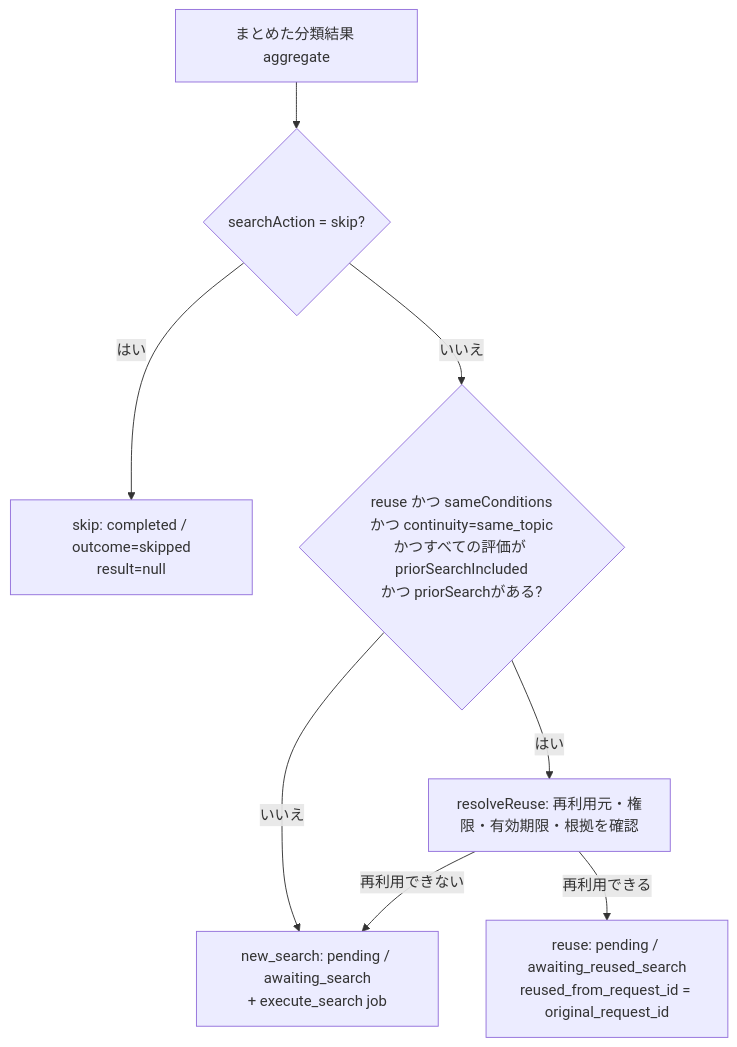
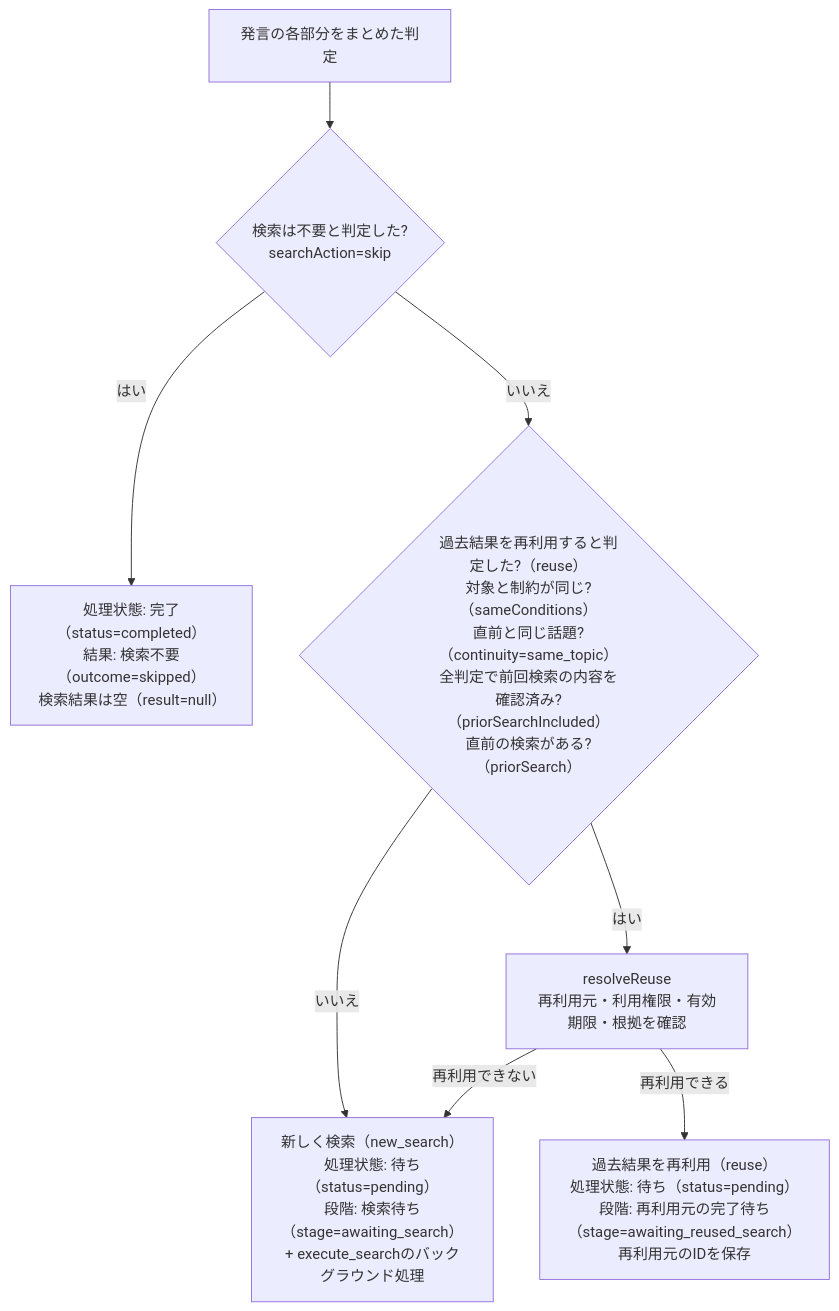
Before and after one commit to k2-dev0/yori: the second of 3 diagrams in search-flow.md, drawn with Mermaid. The commit also changed other lines of this file, not shown here.

Commit message:
search-flow.md: 状態名と条件式を日本語で説明

````diff
--- a/search-flow.md
+++ b/search-flow.md
@@ -41,10 +43,10 @@
 ```mermaid
 flowchart TB
-  A["まとめた分類結果 aggregate"] --> B{"searchAction = skip?"}
-  B -->|はい| C["skip: completed / outcome=skipped<br/>result=null"]
-  B -->|いいえ| D{"reuse かつ sameConditions<br/>かつ continuity=same_topic<br/>かつすべての評価が priorSearchIncluded<br/>かつ priorSearchがある?"}
-  D -->|いいえ| F["new_search: pending / awaiting_search<br/>+ execute_search job"]
-  D -->|はい| E["resolveReuse: 再利用元・権限・有効期限・根拠を確認"]
-  E -->|再利用できる| G["reuse: pending / awaiting_reused_search<br/>reused_from_request_id = original_request_id"]
+  A["発言の各部分をまとめた判定"] --> B{"検索は不要と判定した?<br/>searchAction=skip"}
+  B -->|はい| C["処理状態: 完了（status=completed）<br/>結果: 検索不要（outcome=skipped）<br/>検索結果は空（result=null）"]
+  B -->|いいえ| D{"過去結果を再利用すると判定した?（reuse）<br/>対象と制約が同じ?（sameConditions）<br/>直前と同じ話題?（continuity=same_topic）<br/>全判定で前回検索の内容を確認済み?（priorSearchIncluded）<br/>直前の検索がある?（priorSearch）"}
+  D -->|いいえ| F["新しく検索（new_search）<br/>処理状態: 待ち（status=pending）<br/>段階: 検索待ち（stage=awaiting_search）<br/>+ execute_searchのバックグラウンド処理"]
+  D -->|はい| E["resolveReuse<br/>再利用元・利用権限・有効期限・根拠を確認"]
+  E -->|再利用できる| G["過去結果を再利用（reuse）<br/>処理状態: 待ち（status=pending）<br/>段階: 再利用元の完了待ち（stage=awaiting_reused_search）<br/>再利用元のIDを保存"]
   E -->|再利用できない| F
 ```
````
